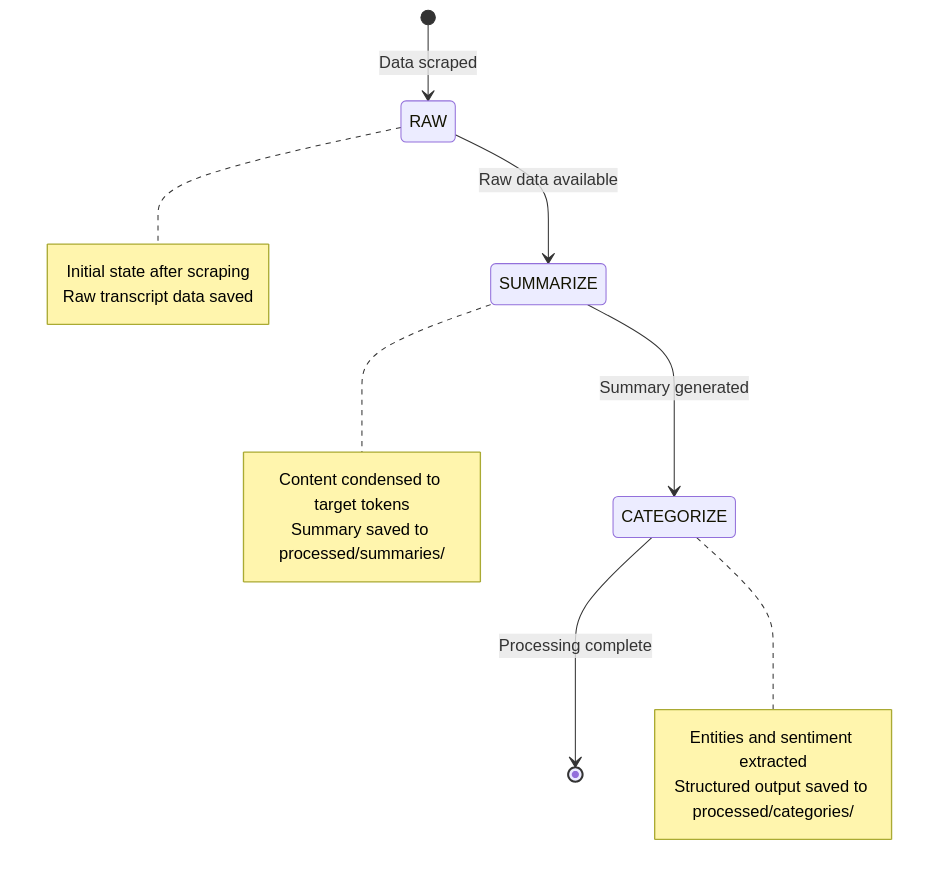
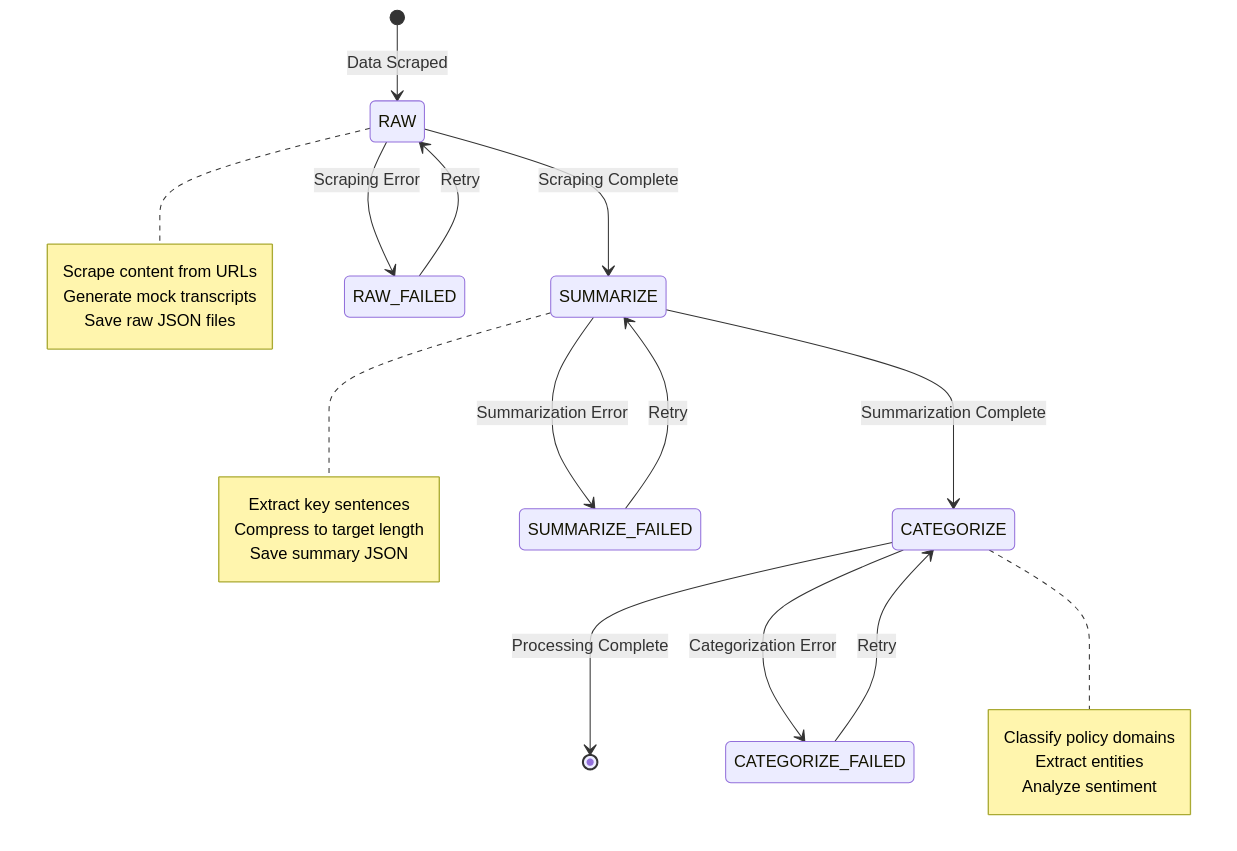
Before and after one commit to dmitriyratu/DiscourseKG: the second of 6 diagrams in documentation/architecture.md, drawn with Mermaid. The commit also changed other lines of this file and 16 other files, not shown here.

First line of the commit message:
refactor: enhance flow processing and logging mechanisms

````diff
--- a/documentation/architecture.md
+++ b/documentation/architecture.md
@@ -79,22 +128,19 @@
 ```mermaid
 stateDiagram-v2
-    [*] --> RAW: Data scraped
-    RAW --> SUMMARIZE: Raw data available
-    SUMMARIZE --> CATEGORIZE: Summary generated
-    CATEGORIZE --> [*]: Processing complete
+    [*] --> RAW: Data Scraped
+    RAW --> SUMMARIZE: Scraping Complete
+    SUMMARIZE --> CATEGORIZE: Summarization Complete
+    CATEGORIZE --> [*]: Processing Complete
     
-    note right of RAW
-        Initial state after scraping
-        Raw transcript data saved
-    end note
+    RAW --> RAW_FAILED: Scraping Error
+    SUMMARIZE --> SUMMARIZE_FAILED: Summarization Error
+    CATEGORIZE --> CATEGORIZE_FAILED: Categorization Error
     
-    note right of SUMMARIZE
-        Content condensed to target tokens
-        Summary saved to processed/summaries/
-    end note
+    RAW_FAILED --> RAW: Retry
+    SUMMARIZE_FAILED --> SUMMARIZE: Retry
+    CATEGORIZE_FAILED --> CATEGORIZE: Retry
     
-    note right of CATEGORIZE
-        Entities and sentiment extracted
-        Structured output saved to processed/categories/
-    end note
+    note right of RAW: Scrape content from URLs<br/>Generate mock transcripts<br/>Save raw JSON files
+    note right of SUMMARIZE: Extract key sentences<br/>Compress to target length<br/>Save summary JSON
+    note right of CATEGORIZE: Classify policy domains<br/>Extract entities<br/>Analyze sentiment
 ```
````
